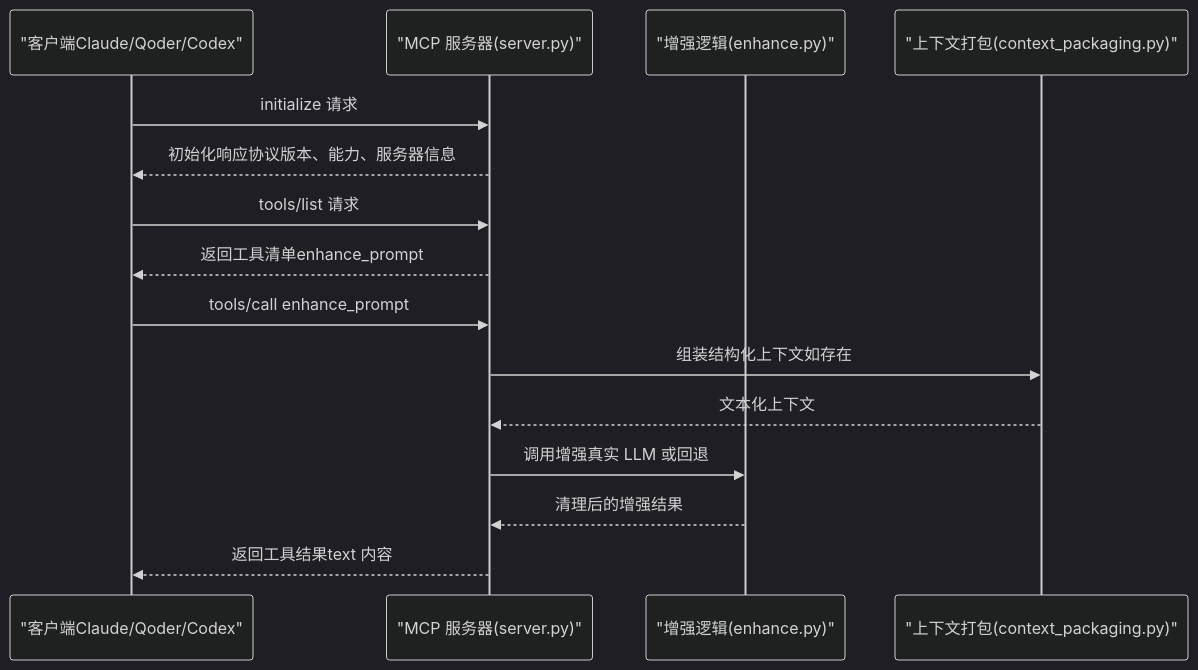
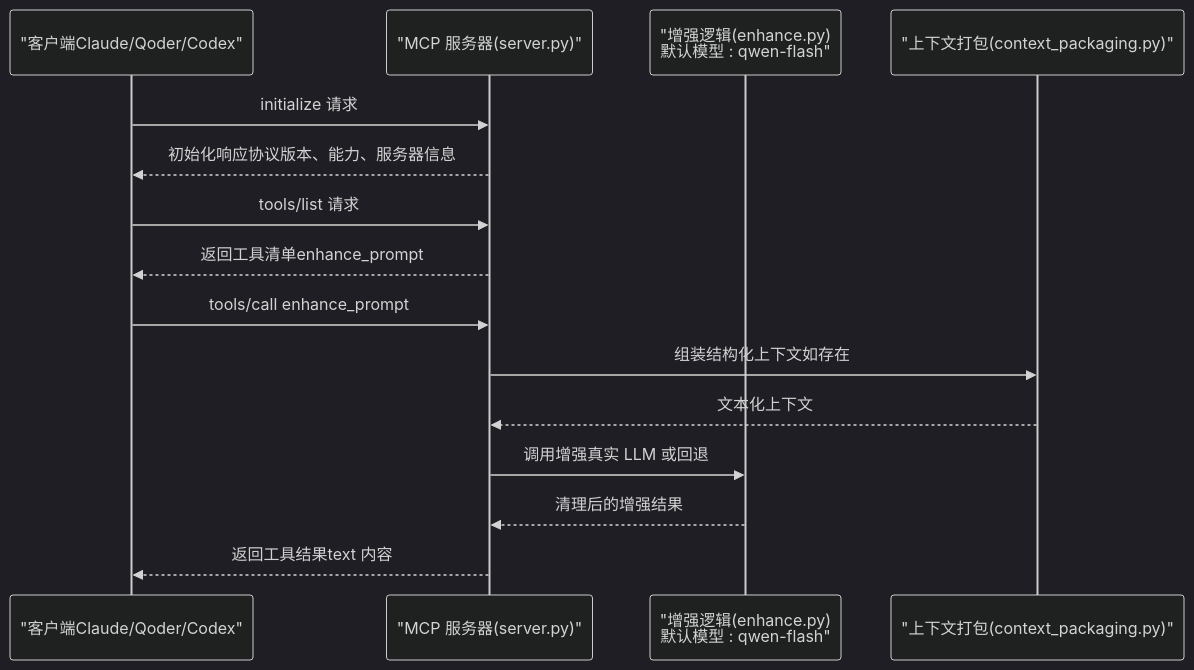
Before and after one commit to WyRainBow/PromptCocoPilot: the second of 4 diagrams in .qoder/repowiki/zh/content/核心架构/MCP 服务器.md, drawn with Mermaid (dark theme). The commit also changed other lines of this file and 57 other files, not shown here.

````diff
--- a/.qoder/repowiki/zh/content/核心架构/MCP 服务器.md
+++ b/.qoder/repowiki/zh/content/核心架构/MCP 服务器.md
@@ -95,17 +101,17 @@
 ```mermaid
 sequenceDiagram
 participant Client as "客户端Claude/Qoder/Codex"
 participant MCP as "MCP 服务器(server.py)"
-participant Enhance as "增强逻辑(enhance.py)"
+participant Enhance as "增强逻辑(enhance.py)<br/>默认模型 : qwen-flash"
 participant Ctx as "上下文打包(context_packaging.py)"
 Client->>MCP : initialize 请求
 MCP-->>Client : 初始化响应协议版本、能力、服务器信息
 Client->>MCP : tools/list 请求
 MCP-->>Client : 返回工具清单enhance_prompt
 Client->>MCP : tools/call enhance_prompt
 MCP->>Ctx : 组装结构化上下文如存在
 Ctx-->>MCP : 文本化上下文
 MCP->>Enhance : 调用增强真实 LLM 或回退
 Enhance-->>MCP : 清理后的增强结果
 MCP-->>Client : 返回工具结果text 内容
 ```
````
